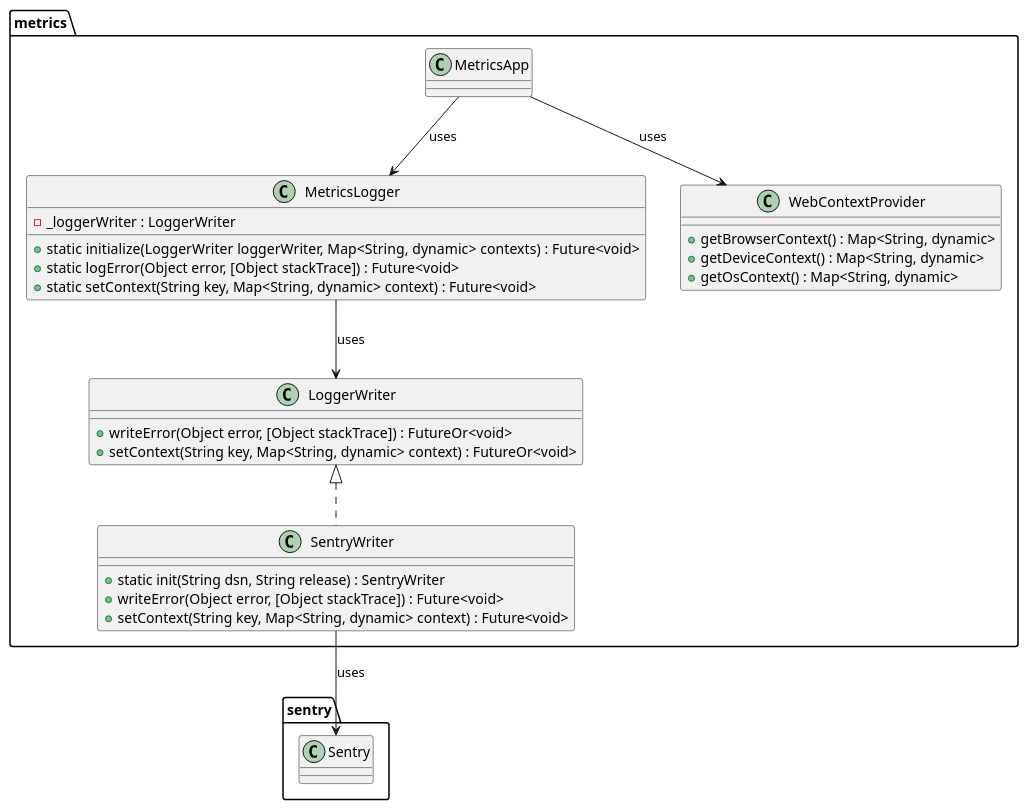
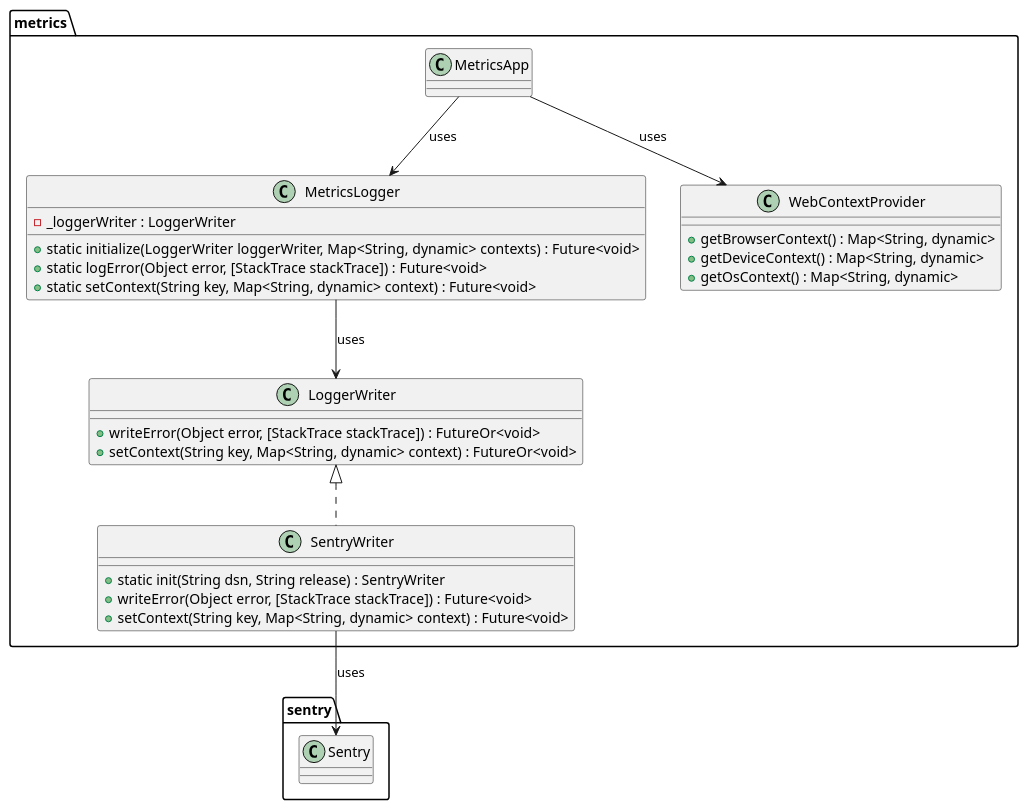
One commit to Flank/flank-dashboard changed the diagram in metrics/web/docs/features/metrics_logger/diagrams/metrics_logger_sentry_class_diagram.puml. Above: the diagram before and after it, drawn with PlantUML. The commit also changed 3 other files, not shown here.

```diff
--- a/metrics/web/docs/features/metrics_logger/diagrams/metrics_logger_sentry_class_diagram.puml
+++ b/metrics/web/docs/features/metrics_logger/diagrams/metrics_logger_sentry_class_diagram.puml
@@ -1,40 +1,40 @@
 @startuml metrics_logger_class_diagram
 
 package metrics {
   class MetricsApp {}
 
   class LoggerWriter {
-    + writeError(Object error, [Object stackTrace]) : FutureOr<void>
+    + writeError(Object error, [StackTrace stackTrace]) : FutureOr<void>
     + setContext(String key, Map<String, dynamic> context) : FutureOr<void>
   }
 
   class SentryWriter implements LoggerWriter {
     + static init(String dsn, String release) : SentryWriter
-    + writeError(Object error, [Object stackTrace]) : Future<void>
+    + writeError(Object error, [StackTrace stackTrace]) : Future<void>
     + setContext(String key, Map<String, dynamic> context) : Future<void>
   }
 
   class MetricsLogger {
     - _loggerWriter : LoggerWriter
     + static initialize(LoggerWriter loggerWriter,  Map<String, dynamic> contexts) : Future<void>
-    + static logError(Object error, [Object stackTrace]) : Future<void>
+    + static logError(Object error, [StackTrace stackTrace]) : Future<void>
     + static setContext(String key, Map<String, dynamic> context) : Future<void>
   }
 
   class WebContextProvider {
     + getBrowserContext() : Map<String, dynamic>
     + getDeviceContext() : Map<String, dynamic>
     + getOsContext() : Map<String, dynamic>
   }
 }
 
 package sentry {
   class Sentry {}
 }
 
 MetricsApp --> WebContextProvider : uses
 MetricsApp --> MetricsLogger : uses
 MetricsLogger --> LoggerWriter : uses
 SentryWriter --> Sentry : uses
 
 @enduml
```
